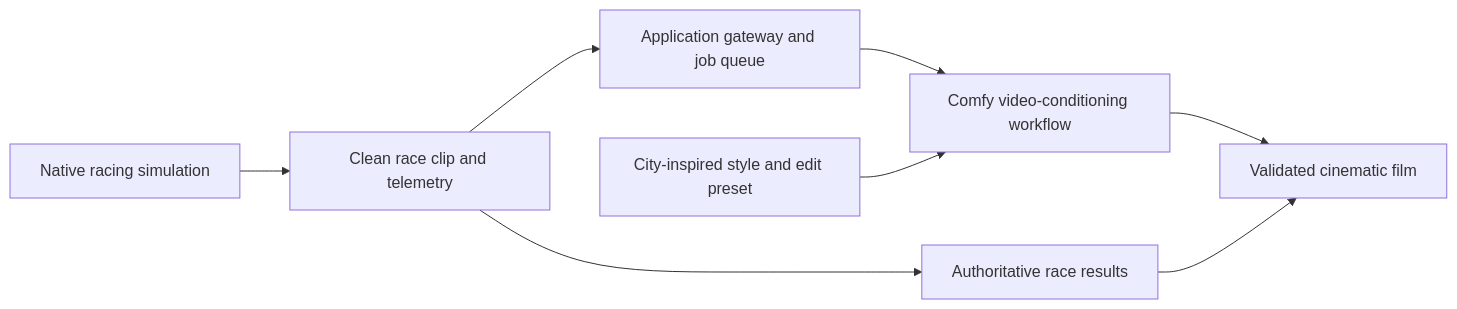
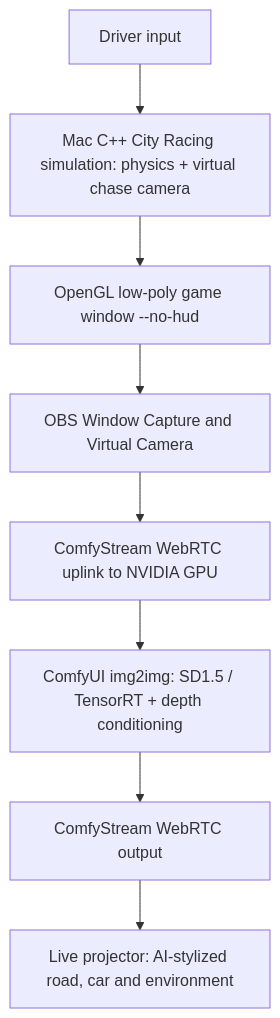
Before and after one commit to thetradingdoc/comfy-race: the diagram in README.md, drawn with Mermaid. The commit also changed other lines of this file, not shown here.

Commit message:
docs: align README.md with live ComfyUI racing V1

````diff
--- a/README.md
+++ b/README.md
@@ -33,10 +20,10 @@
 ```mermaid
-flowchart LR
-    A[Native racing simulation] --> B[Clean race clip and telemetry]
-    B --> C[Application gateway and job queue]
-    C --> D[Comfy video-conditioning workflow]
-    E[City-inspired style and edit preset] --> D
-    D --> F[Validated cinematic film]
-    B --> G[Authoritative race results]
-    G --> F
+flowchart TD
+  A[Driver input] --> B[Mac C++ City Racing simulation: physics + virtual chase camera]
+  B --> C[OpenGL low-poly game window --no-hud]
+  C --> D[OBS Window Capture and Virtual Camera]
+  D --> E[ComfyStream WebRTC uplink to NVIDIA GPU]
+  E --> F[ComfyUI img2img: SD1.5 / TensorRT + depth conditioning]
+  F --> G[ComfyStream WebRTC output]
+  G --> H[Live projector: AI-stylized road, car and environment]
 ```
````
